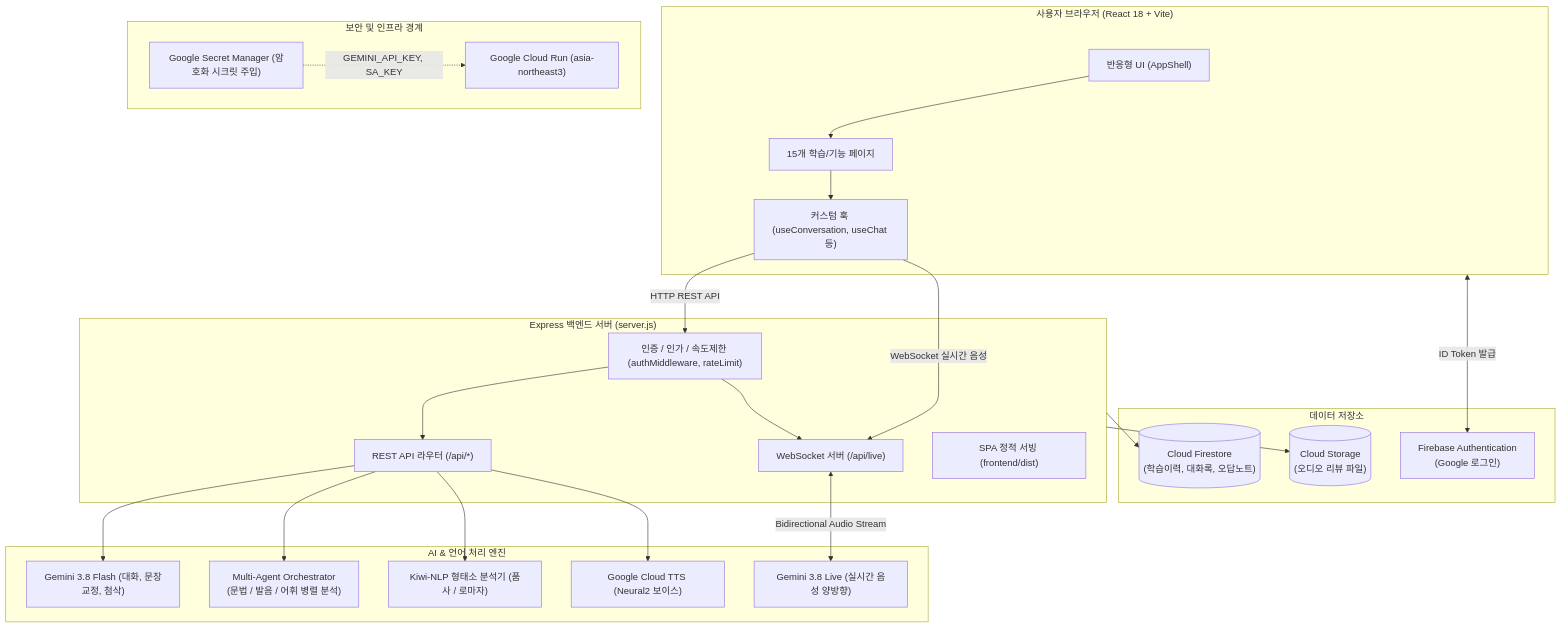
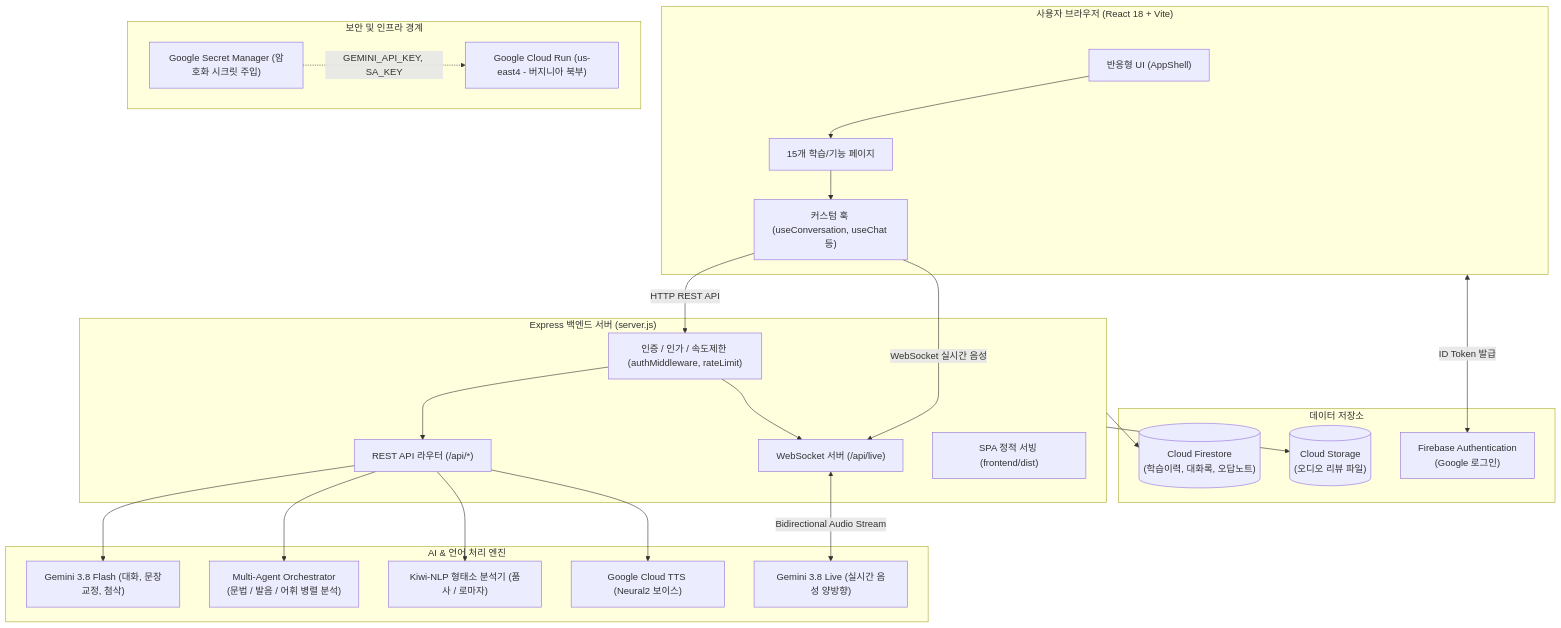
The diagram in GEMINI.md (Henrry1028/Hangul-Now), drawn with Mermaid before and after one commit. The commit also changed other lines of this file and 60 other files, not shown here.

Commit message:
feat(infra): Cloud Run 배포 리전을 us-east4(미국 버지니아 북부)로 전환 및 Supabase/R2 마이그레이션 적용

````diff
--- a/GEMINI.md
+++ b/GEMINI.md
@@ -136,54 +136,54 @@
 ```mermaid
 flowchart TB
     subgraph Client["사용자 브라우저 (React 18 + Vite)"]
         UI["반응형 UI (AppShell)"]
         Pages["15개 학습/기능 페이지"]
         Hooks["커스텀 훅 (useConversation, useChat 등)"]
         UI --> Pages
         Pages --> Hooks
     end
 
     subgraph Security["보안 및 인프라 경계"]
-        CloudRun["Google Cloud Run (asia-northeast3)"]
+        CloudRun["Google Cloud Run (us-east4 - 버지니아 북부)"]
         SecretMgr["Google Secret Manager (암호화 시크릿 주입)"]
         SecretMgr -.->|GEMINI_API_KEY, SA_KEY| CloudRun
     end
 
     subgraph Backend["Express 백엔드 서버 (server.js)"]
         Middleware["인증 / 인가 / 속도제한 (authMiddleware, rateLimit)"]
         APIRouter["REST API 라우터 (/api/*)"]
         WSRouter["WebSocket 서버 (/api/live)"]
         SPAFallback["SPA 정적 서빙 (frontend/dist)"]
         
         Middleware --> APIRouter
         Middleware --> WSRouter
     end
 
     subgraph AIServices["AI & 언어 처리 엔진"]
         GeminiLive["Gemini 3.8 Live (실시간 음성 양방향)"]
         GeminiFlash["Gemini 3.8 Flash (대화, 문장교정, 첨삭)"]
         MultiAgent["Multi-Agent Orchestrator\n(문법 / 발음 / 어휘 병렬 분석)"]
         KiwiPOS["Kiwi-NLP 형태소 분석기 (품사 / 로마자)"]
         CloudTTS["Google Cloud TTS (Neural2 보이스)"]
     end
 
     subgraph Persistence["데이터 저장소"]
         Firestore[("Cloud Firestore\n(학습이력, 대화록, 오답노트)")]
         Storage[("Cloud Storage\n(오디오 리뷰 파일)")]
         FirebaseAuth["Firebase Authentication\n(Google 로그인)"]
     end
 
     %% 연결 흐름
     Hooks -->|HTTP REST API| Middleware
     Hooks -->|WebSocket 실시간 음성| WSRouter
     
     APIRouter --> GeminiFlash
     APIRouter --> MultiAgent
     APIRouter --> KiwiPOS
     APIRouter --> CloudTTS
     WSRouter <-->|Bidirectional Audio Stream| GeminiLive
     
     Backend --> Firestore
     Backend --> Storage
     Client <-->|ID Token 발급| FirebaseAuth
 ```
````
